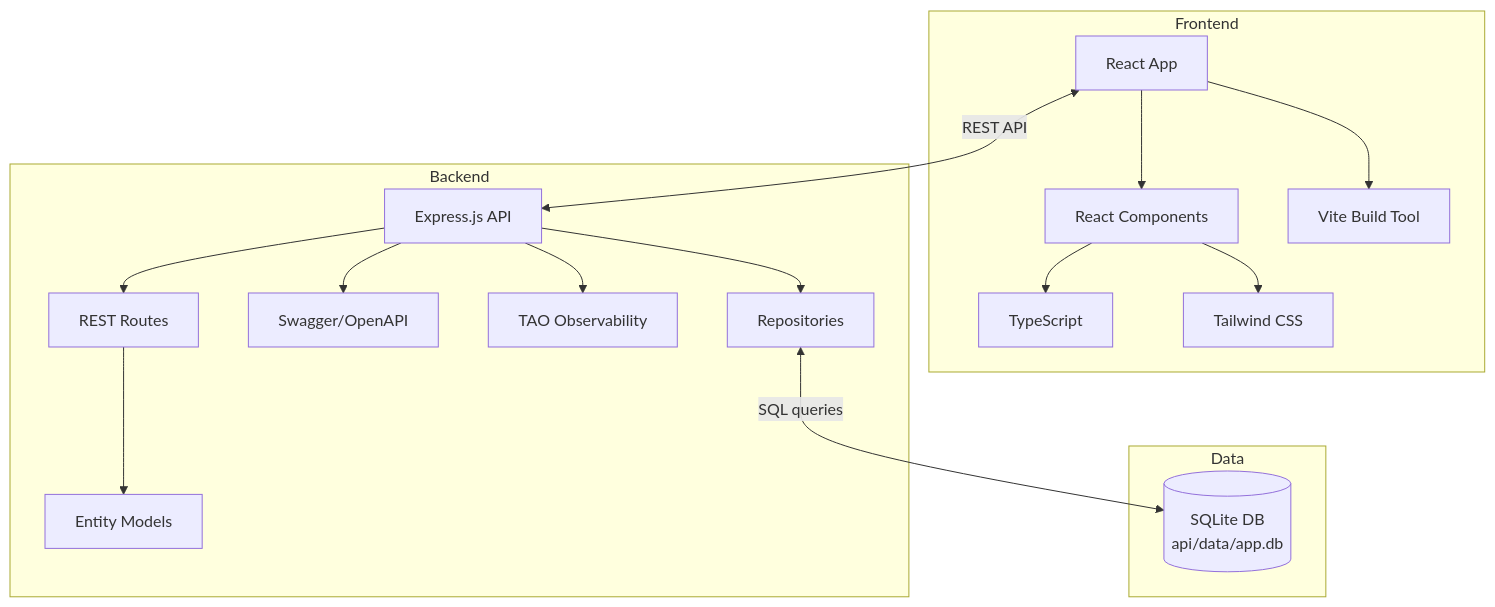
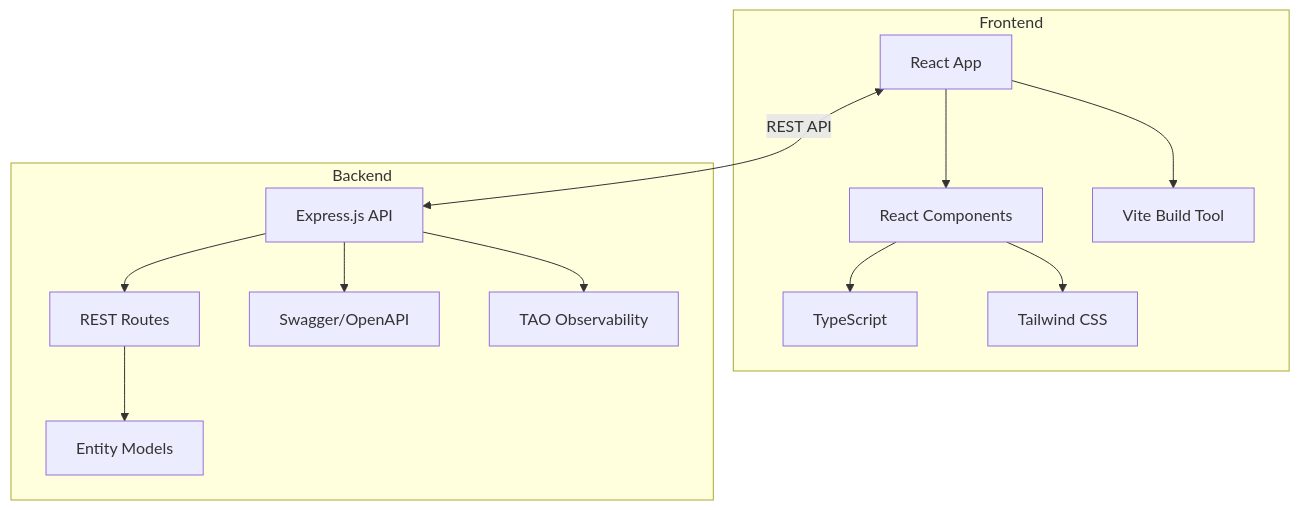
The second of 2 diagrams in docs/architecture.md (VeeraMS/copilot_agent_mode-miniature-yodel), drawn with Mermaid before and after one commit. The commit also changed other lines of this file and 114 other files, not shown here.

````diff
--- a/docs/architecture.md
+++ b/docs/architecture.md
@@ -42,23 +39,18 @@
 ```mermaid
 flowchart TD
     subgraph "Frontend"
         F[React App] --> FC[React Components]
         FC --> FT[TypeScript]
         FC --> FCSS[Tailwind CSS]
         F --> FV[Vite Build Tool]
     end
     
     subgraph "Backend"
         B[Express.js API] --> BR[REST Routes]
         BR --> BM[Entity Models]
         B --> BS[Swagger/OpenAPI]
         B --> BO[TAO Observability]
-        B --> R[Repositories]
     end
-    subgraph "Data"
-        D[(SQLite DB\napi/data/app.db)]
-    end
-
-    R <--SQL queries--> D
+    
     F <--REST API--> B
 ```
````
